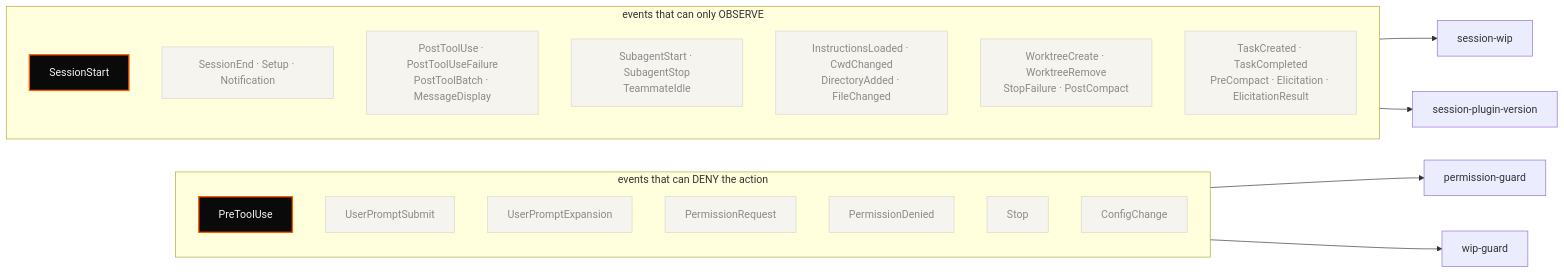
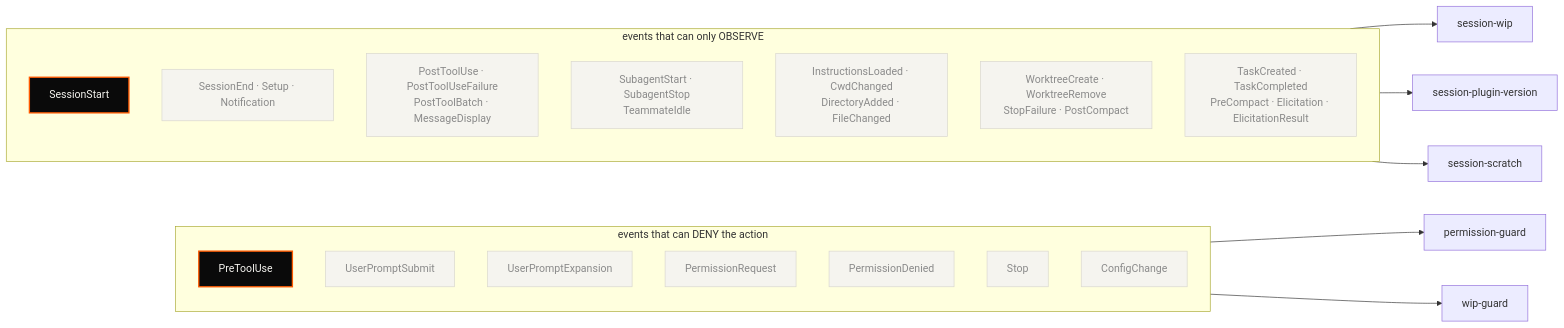
Before and after one commit to tedeuxx/tadeumendonca-skills: the fourth of 4 diagrams in README.md, drawn with Mermaid. The commit also changed other lines of this file and 5 other files, not shown here.

First line of the commit message:
feat(hooks): a new session starts with an empty scratch

````diff
--- a/README.md
+++ b/README.md
@@ -514,39 +514,41 @@
 ```mermaid
 flowchart LR
   classDef used fill:#0A0A0A,color:#F5F4EF,stroke:#FF5A00,stroke-width:2px
   classDef idle fill:#F5F4EF,color:#8A8A8A,stroke:#D8D6CE
 
   subgraph BLOCK["events that can DENY the action"]
     direction TB
     E1["PreToolUse"]
     E2["UserPromptSubmit"]:::idle
     E3["UserPromptExpansion"]:::idle
     E4["PermissionRequest"]:::idle
     E5["PermissionDenied"]:::idle
     E6["Stop"]:::idle
     E7["ConfigChange"]:::idle
   end
 
   subgraph OBS["events that can only OBSERVE"]
     direction TB
     O1["SessionStart"]
     O2["SessionEnd · Setup · Notification"]:::idle
     O3["PostToolUse · PostToolUseFailure<br/>PostToolBatch · MessageDisplay"]:::idle
     O4["SubagentStart · SubagentStop<br/>TeammateIdle"]:::idle
     O5["InstructionsLoaded · CwdChanged<br/>DirectoryAdded · FileChanged"]:::idle
     O6["WorktreeCreate · WorktreeRemove<br/>StopFailure · PostCompact"]:::idle
     O7["TaskCreated · TaskCompleted<br/>PreCompact · Elicitation · ElicitationResult"]:::idle
   end
 
   H1["permission-guard"]
   H2["wip-guard"]
   H3["session-wip"]
   H4["session-plugin-version"]
+  H5["session-scratch"]
 
   E1 --> H1
   E1 --> H2
   O1 --> H3
   O1 --> H4
+  O1 --> H5
 
   class E1,O1 used
 ```
````
